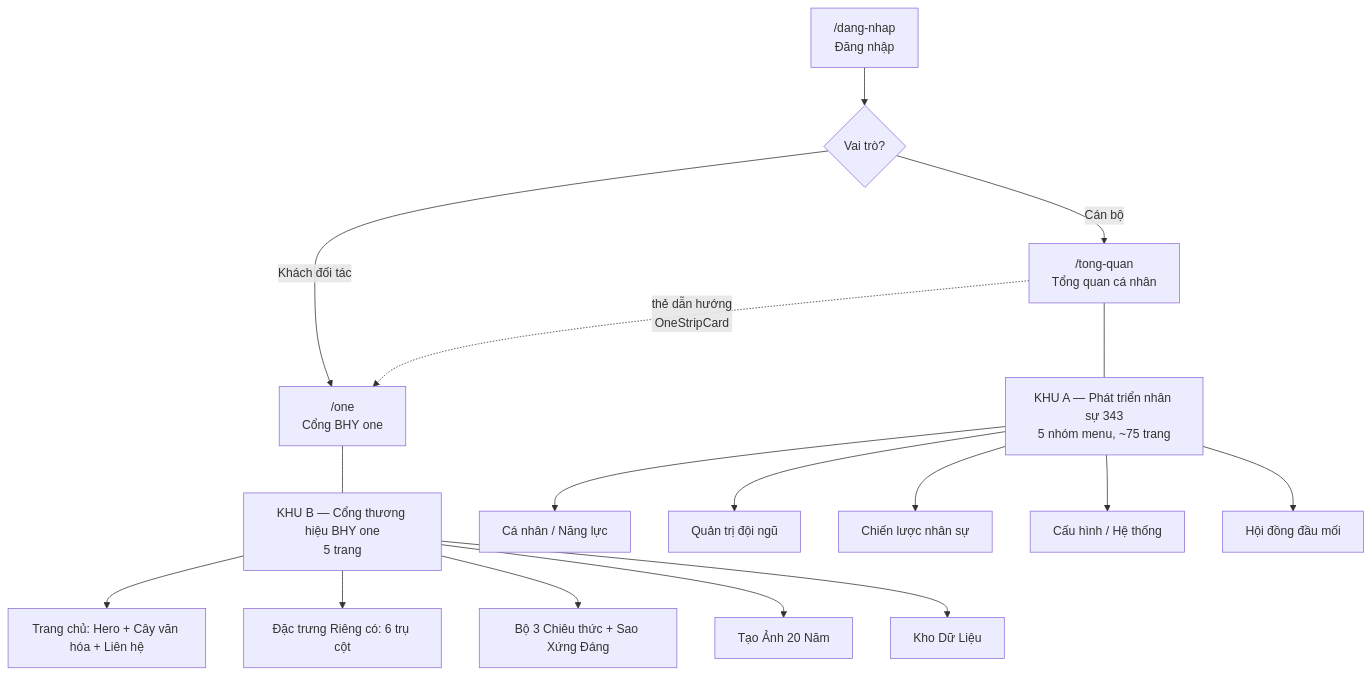
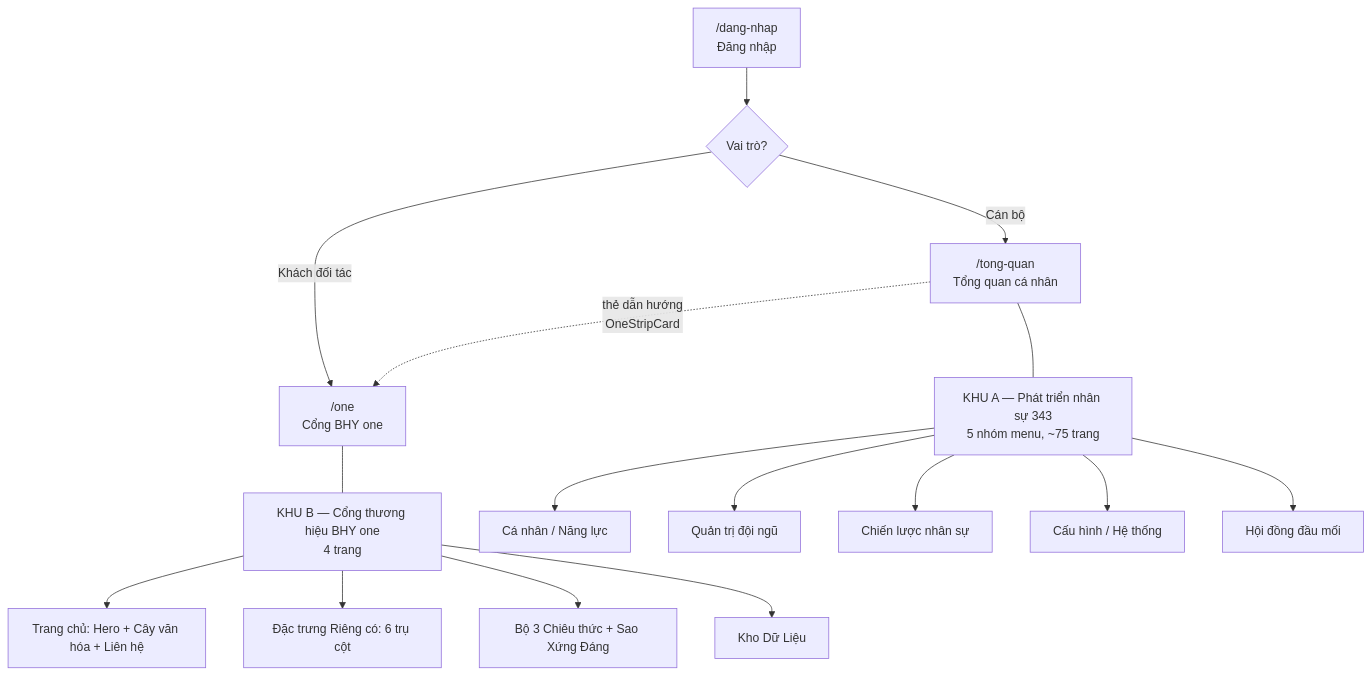
One commit to ducanh2212-343/vietinbank-bhy-evaluation changed the diagram in docs/cau-truc-website-sau-hop-nhat.md. Above: the diagram before and after it, drawn with Mermaid. The commit also changed other lines of this file and 10 other files, not shown here.

First line of the commit message:
Gỡ bỏ tính năng Tạo Ảnh 20 Năm theo cấu trúc BHY ONE đã duyệt

````diff
--- a/docs/cau-truc-website-sau-hop-nhat.md
+++ b/docs/cau-truc-website-sau-hop-nhat.md
@@ -30,23 +30,22 @@
 ```mermaid
 flowchart TD
     L["/dang-nhap<br/>Đăng nhập"] --> R{Vai trò?}
     R -->|Cán bộ| TQ["/tong-quan<br/>Tổng quan cá nhân"]
     R -->|Khách đối tác| ONE["/one<br/>Cổng BHY one"]
 
     TQ --- A["KHU A — Phát triển nhân sự 343<br/>5 nhóm menu, ~75 trang"]
     TQ -.->|"thẻ dẫn hướng<br/>OneStripCard"| ONE
 
-    ONE --- B["KHU B — Cổng thương hiệu BHY one<br/>5 trang"]
+    ONE --- B["KHU B — Cổng thương hiệu BHY one<br/>4 trang"]
 
     A --> A1["Cá nhân / Năng lực"]
     A --> A2["Quản trị đội ngũ"]
     A --> A3["Chiến lược nhân sự"]
     A --> A4["Cấu hình / Hệ thống"]
     A --> A5["Hội đồng đầu mối"]
 
     B --> B1["Trang chủ: Hero + Cây văn hóa + Liên hệ"]
     B --> B2["Đặc trưng Riêng có: 6 trụ cột"]
     B --> B3["Bộ 3 Chiêu thức + Sao Xứng Đáng"]
-    B --> B4["Tạo Ảnh 20 Năm"]
-    B --> B5["Kho Dữ Liệu"]
+    B --> B4["Kho Dữ Liệu"]
 ```
````
